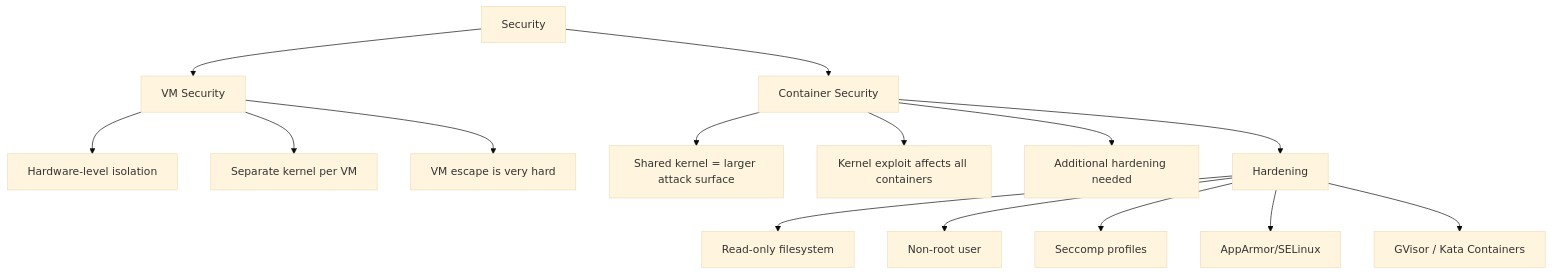
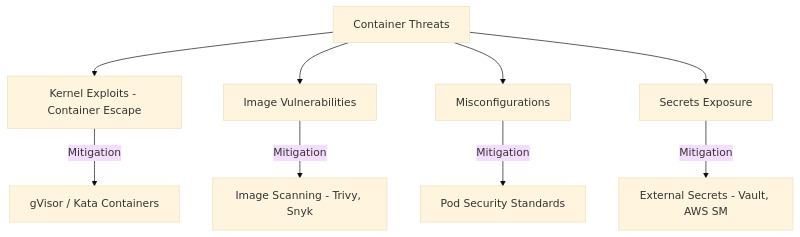
One commit to vanos001/placement_prep changed the seventh of 7 diagrams in src/cloud/virtualization/vm-vs-container.md. Above: the diagram before and after it, drawn with Mermaid (base theme). The commit also changed other lines of this file and 22 other files, not shown here.

````diff
--- a/src/cloud/virtualization/vm-vs-container.md
+++ b/src/cloud/virtualization/vm-vs-container.md
@@ -174,20 +250,12 @@
 ```mermaid
-graph TD
-    SECURITY[Security] --> VM_SEC[VM Security]
-    SECURITY --> CONT_SEC[Container Security]
+graph TB
+    THREAT[Container Threats] --> ESCAPE[Kernel Exploits - Container Escape]
+    THREAT --> IMAGE[Image Vulnerabilities]
+    THREAT --> CONFIG[Misconfigurations]
+    THREAT --> SECRETS[Secrets Exposure]
 
-    VM_SEC --> V1[Hardware-level isolation]
-    VM_SEC --> V2[Separate kernel per VM]
-    VM_SEC --> V3[VM escape is very hard]
-
-    CONT_SEC --> C1[Shared kernel = larger attack surface]
-    CONT_SEC --> C2[Kernel exploit affects all containers]
-    CONT_SEC --> C3[Additional hardening needed]
-
-    CONT_SEC --> HARDEN[Hardening]
-    HARDEN --> H1[Read-only filesystem]
-    HARDEN --> H2[Non-root user]
-    HARDEN --> H3[Seccomp profiles]
-    HARDEN --> H4[AppArmor/SELinux]
-    HARDEN --> H5[GVisor / Kata Containers]
+    ESCAPE --> |Mitigation| GVISOR[gVisor / Kata Containers]
+    IMAGE --> |Mitigation| SCAN[Image Scanning - Trivy, Snyk]
+    CONFIG --> |Mitigation| POLICY[Pod Security Standards]
+    SECRETS --> |Mitigation| VAULT[External Secrets - Vault, AWS SM]
 ```
````
